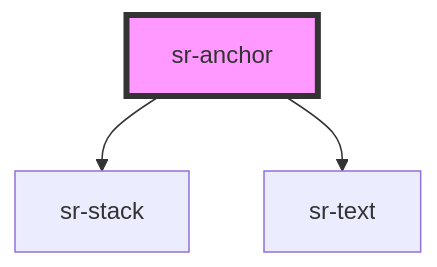
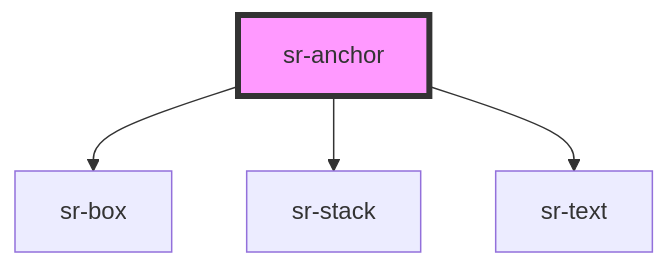
Before and after one commit to tonyblu331/spotify-replay-design-system: the diagram in src/components/nav/sr-anchor/readme.md, drawn with Mermaid. The commit also changed other lines of this file and 3 other files, not shown here.

````diff
--- a/src/components/nav/sr-anchor/readme.md
+++ b/src/components/nav/sr-anchor/readme.md
@@ -29,6 +30,7 @@
 ```mermaid
 graph TD;
+  sr-anchor --> sr-box
   sr-anchor --> sr-stack
   sr-anchor --> sr-text
   style sr-anchor fill:#f9f,stroke:#333,stroke-width:4px
 ```
````
